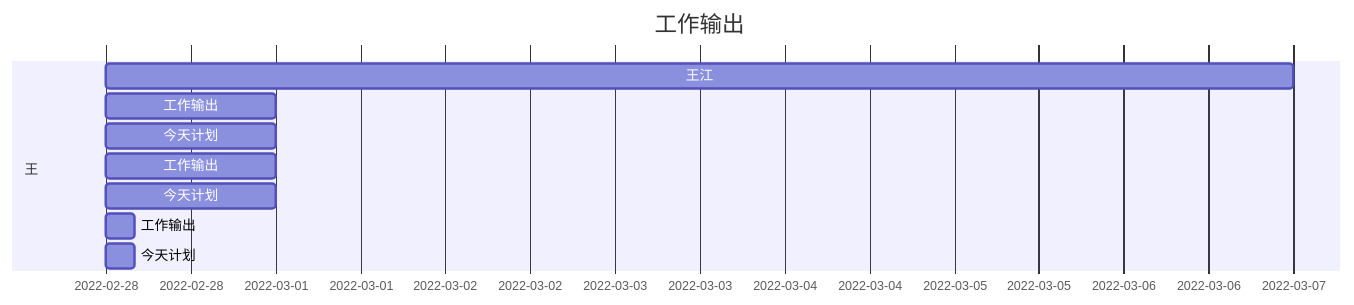
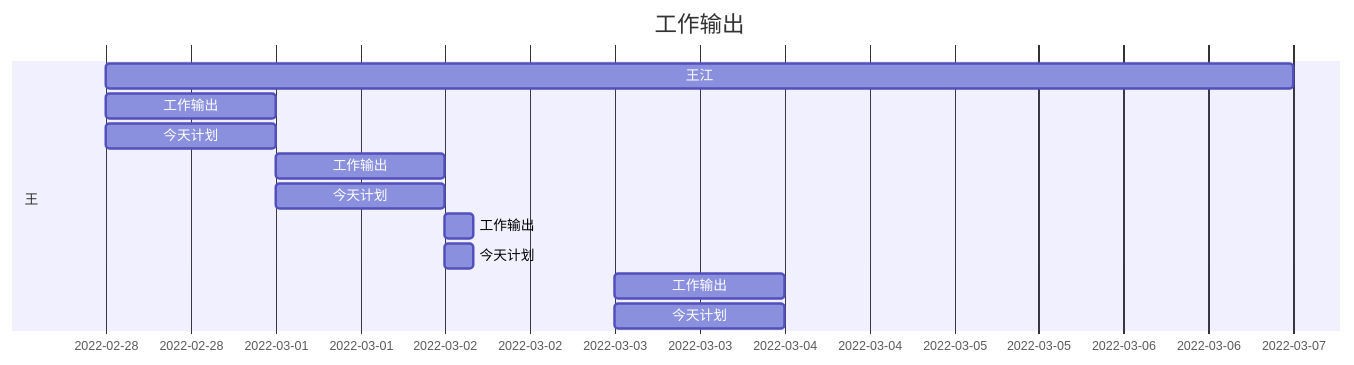
One commit to DC-Melo/README changed the first of 2 diagrams in README.md. Above: the diagram before and after it, drawn with Mermaid. The commit also changed other lines of this file, not shown here.

````diff
--- a/README.md
+++ b/README.md
@@ -73,15 +73,17 @@
 ```mermaid
 gantt
     dateFormat  YYYY-MM-DD
     title 工作输出
 
     section 王
     王江           : weekplan  , 2022-02-28 , 1w
     工作输出       : monp  , 2022-02-28 , 1d
     今天计划       : monf  , 2022-02-28 , 1d
-    工作输出       : Tuep  , 2022-02-28 , 1d
-    今天计划       : Tuef  , 2022-02-28 , 1d
-    工作输出       : Wedp  , 2022-02-28 , 4h
-    今天计划       : Wedf  , 2022-02-28 , 4h
+    工作输出       : Tuep  , 2022-03-1 , 1d
+    今天计划       : Tuef  , 2022-03-1 , 1d
+    工作输出       : Wedp  , 2022-03-2 , 4h
+    今天计划       : Wedf  , 2022-03-2 , 4h
+    工作输出       : Thup  , 2022-03-3 , 1d
+    今天计划       : Thuf  , 2022-03-3 , 1d
 
 ```
````
